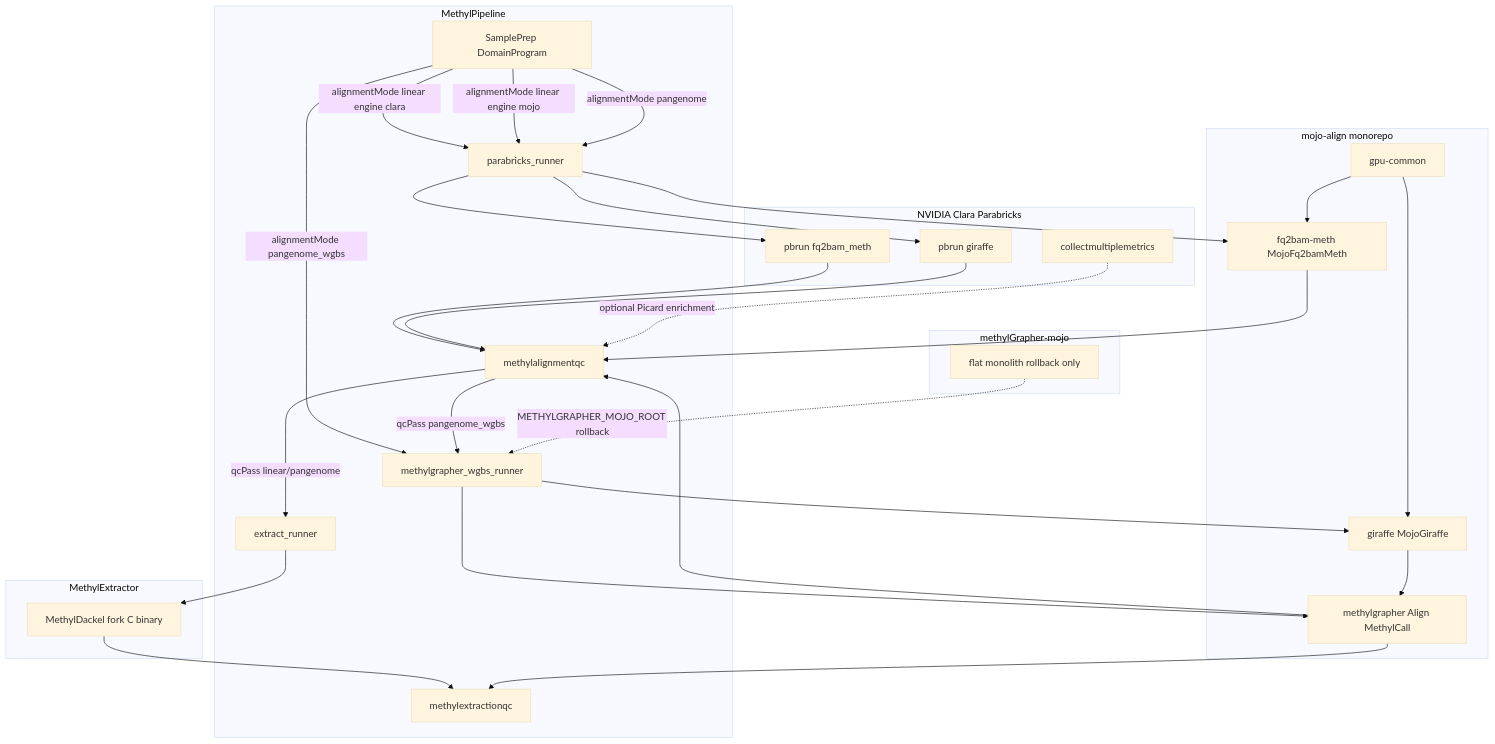
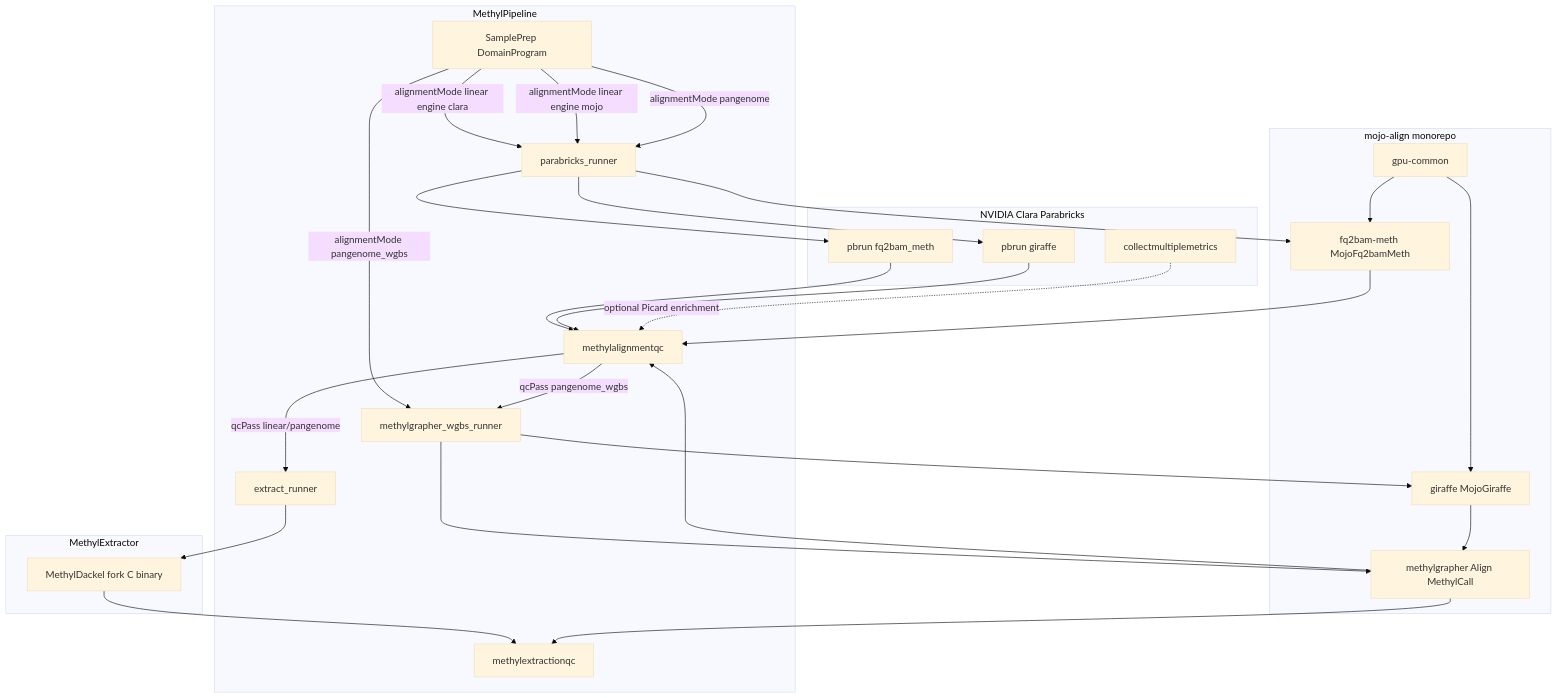
Before and after one commit to Goliath-Research/GoliathWorkflow: the diagram in docs/plans/cross-repo-tool-analysis.plan.md, drawn with Mermaid (base theme). The commit also changed other lines of this file and 27 other files, not shown here.

First line of the commit message:
Update documentation and references to reflect the transition from methylGrapher-mojo to mojo-align

````diff
--- a/docs/plans/cross-repo-tool-analysis.plan.md
+++ b/docs/plans/cross-repo-tool-analysis.plan.md
@@ -53,48 +53,43 @@
 ```mermaid
 flowchart TB
   subgraph orch [MethylPipeline]
     SP[SamplePrep DomainProgram]
     QC1[methylalignmentqc]
     QC2[methylextractionqc]
     ExtR[extract_runner]
     PbR[parabricks_runner]
     MgR[methylgrapher_wgbs_runner]
   end
 
   subgraph mojo [mojo-align monorepo]
     FQ[fq2bam-meth MojoFq2bamMeth]
     GF[giraffe MojoGiraffe]
     MG[methylgrapher Align MethylCall]
     GC[gpu-common]
-  end
-
-  subgraph legacy [methylGrapher-mojo]
-    Old[flat monolith rollback only]
   end
 
   subgraph extract [MethylExtractor]
     ME[MethylDackel fork C binary]
   end
 
   subgraph clara [NVIDIA Clara Parabricks]
     FBM[pbrun fq2bam_meth]
     PBG[pbrun giraffe]
     CMM[collectmultiplemetrics]
   end
 
   SP -->|alignmentMode linear engine clara| PbR --> FBM
   SP -->|alignmentMode linear engine mojo| PbR --> FQ
   SP -->|alignmentMode pangenome| PbR --> PBG
   SP -->|alignmentMode pangenome_wgbs| MgR --> GF --> MG
   FBM --> QC1
   FQ --> QC1
   PBG --> QC1
   MG --> QC1
   QC1 -->|qcPass linear/pangenome| ExtR --> ME --> QC2
   QC1 -->|qcPass pangenome_wgbs| MgR --> MG
   MG --> QC2
   CMM -.->|optional Picard enrichment| QC1
-  Old -.->|METHYLGRAPHER_MOJO_ROOT rollback| MgR
   GC --> FQ
   GC --> GF
 ```
````
